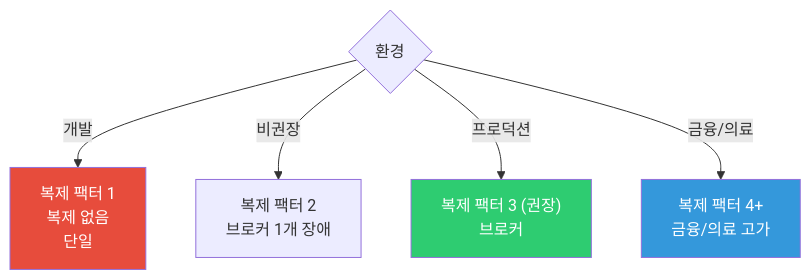
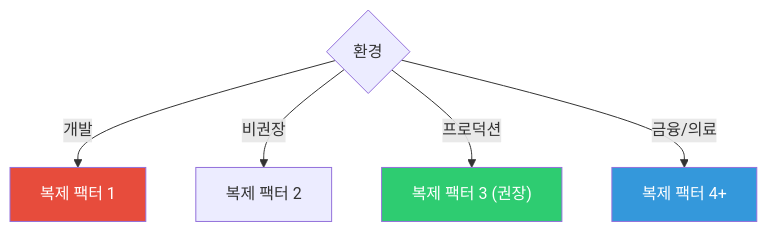
The fifth of 8 diagrams in _posts/kafka/2026-05-01-kafka-replication.md (yjkim2015/yjkim2015.github.io), drawn with Mermaid before and after one commit. The commit also changed other lines of this file and 217 other files, not shown here.

First line of the commit message:
Mermaid 크기 수정: useMaxWidth:true + SVG max-width:100% + 라벨 축소

````diff
--- a/_posts/kafka/2026-05-01-kafka-replication.md
+++ b/_posts/kafka/2026-05-01-kafka-replication.md
@@ -155,15 +155,15 @@
 ```mermaid
 graph TD
     ENV{"환경"}
-    DEV["복제 팩터 1\n복제 없음\n단일"]
-    RISK["복제 팩터 2\n브로커 1개 장애"]
-    PROD["복제 팩터 3 (권장)\n브로커"]
-    CRITICAL["복제 팩터 4+\n금융/의료 고가"]
+    DEV["복제 팩터 1"]
+    RISK["복제 팩터 2"]
+    PROD["복제 팩터 3 (권장)"]
+    CRITICAL["복제 팩터 4+"]
     ENV -->|"개발"| DEV
     ENV -->|"비권장"| RISK
     ENV -->|"프로덕션"| PROD
     ENV -->|"금융/의료"| CRITICAL
     style DEV fill:#e74c3c,color:#fff
     style PROD fill:#2ecc71,color:#fff
     style CRITICAL fill:#3498db,color:#fff
 ```
````
